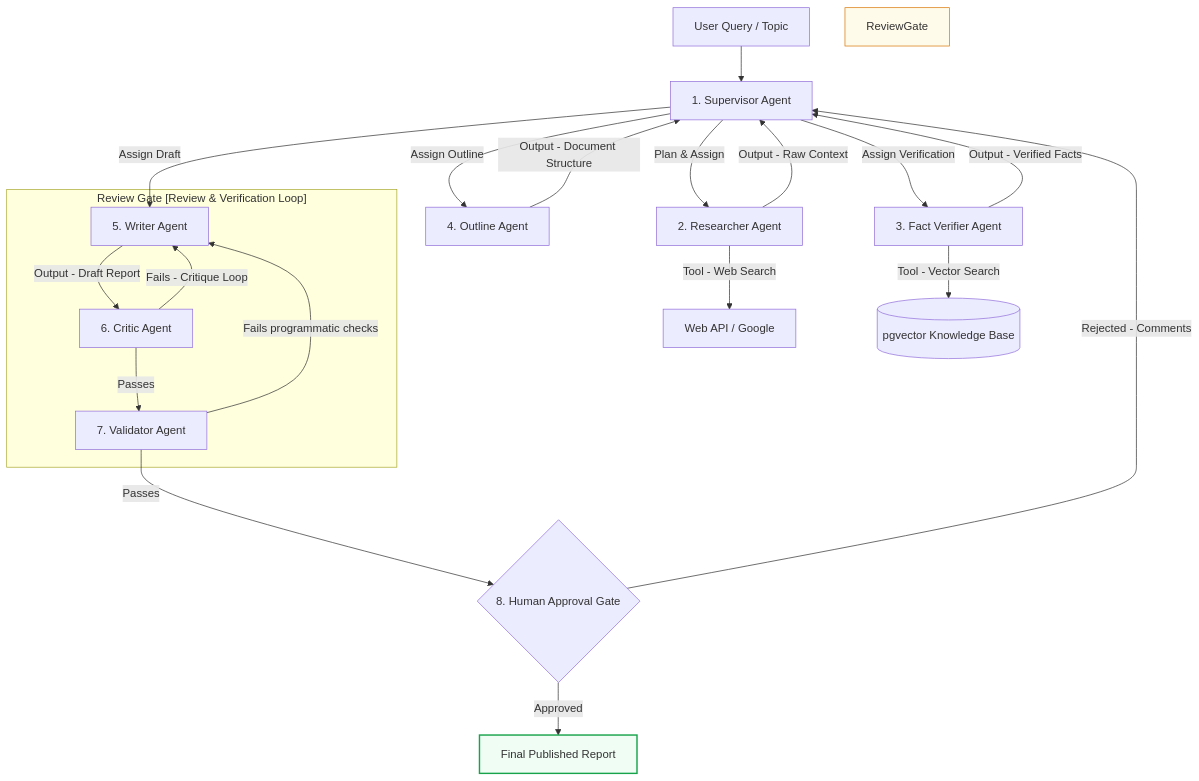
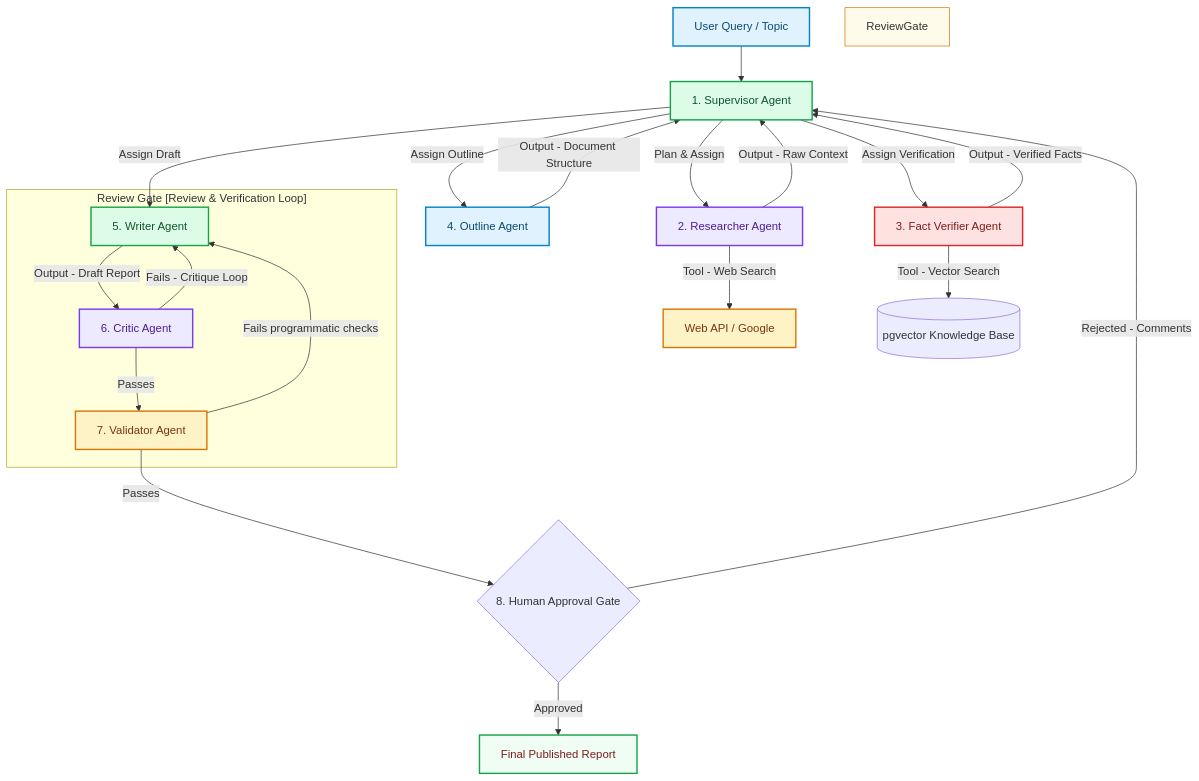
One commit to akmalkhaniub/akmalkhaniub.github.io changed the diagram in blog/posts/production-ready-multi-agent-blueprint.md. Above: the diagram before and after it, drawn with Mermaid. The commit also changed other lines of this file and 1291 other files, not shown here.

First line of the commit message:
feat(catalog): unique covers, scholarly references, and diagram palettes

````diff
--- a/blog/posts/production-ready-multi-agent-blueprint.md
+++ b/blog/posts/production-ready-multi-agent-blueprint.md
@@ -16,31 +16,42 @@
 ```mermaid
 flowchart TD
-    UserReq[User Query / Topic] --> Supervisor[1. Supervisor Agent]
-    Supervisor -->|Plan & Assign| Researcher[2. Researcher Agent]
-    Researcher -->|Tool - Web Search| Web[Web API / Google]
+    UserReq["User Query / Topic"] --> Supervisor["1. Supervisor Agent"]
+    Supervisor -->|Plan & Assign| Researcher["2. Researcher Agent"]
+    Researcher -->|Tool - Web Search| Web["Web API / Google"]
     
     Researcher -->|Output - Raw Context| Supervisor
-    Supervisor -->|Assign Verification| FactChecker[3. Fact Verifier Agent]
+    Supervisor -->|Assign Verification| FactChecker["3. Fact Verifier Agent"]
     FactChecker -->|Tool - Vector Search| Vector[(pgvector Knowledge Base)]
     
     FactChecker -->|Output - Verified Facts| Supervisor
-    Supervisor -->|Assign Outline| Outliner[4. Outline Agent]
+    Supervisor -->|Assign Outline| Outliner["4. Outline Agent"]
     Outliner -->|Output - Document Structure| Supervisor
     
-    Supervisor -->|Assign Draft| Writer[5. Writer Agent]
-    Writer -->|Output - Draft Report| Critic[6. Critic Agent]
+    Supervisor -->|Assign Draft| Writer["5. Writer Agent"]
+    Writer -->|Output - Draft Report| Critic["6. Critic Agent"]
     
     subgraph SG1_ReviewGateReview ["Review Gate [Review & Verification Loop]"]
         Critic -->|Fails - Critique Loop| Writer
-        Critic -->|Passes| Validator[7. Validator Agent]
+        Critic -->|Passes| Validator["7. Validator Agent"]
     end
     
     Validator -->|Fails programmatic checks| Writer
     Validator -->|Passes| HITL{8. Human Approval Gate}
     
-    HITL -->|Approved| Commit[Final Published Report]
+    HITL -->|Approved| Commit["Final Published Report"]
     HITL -->|Rejected - Comments| Supervisor
     
     style ReviewGate fill:#fffbeb,stroke:#d97706,stroke-width:1px
     style Commit fill:#f0fdf4,stroke:#16a34a,stroke-width:2px
+
+classDef green fill:#dcfce7,stroke:#16a34a,stroke-width:2px,color:#14532d;
+classDef red fill:#fee2e2,stroke:#dc2626,stroke-width:2px,color:#7f1d1d;
+classDef blue fill:#e0f2fe,stroke:#0284c7,stroke-width:2px,color:#0c4a6e;
+classDef yellow fill:#fef3c7,stroke:#d97706,stroke-width:2px,color:#78350f;
+classDef purple fill:#ede9fe,stroke:#7c3aed,stroke-width:2px,color:#4c1d95;
+class UserReq,Outliner blue
+class Supervisor,Writer green
+class Researcher,Critic purple
+class Web,Validator yellow
+class FactChecker,Commit red
 ```
````
